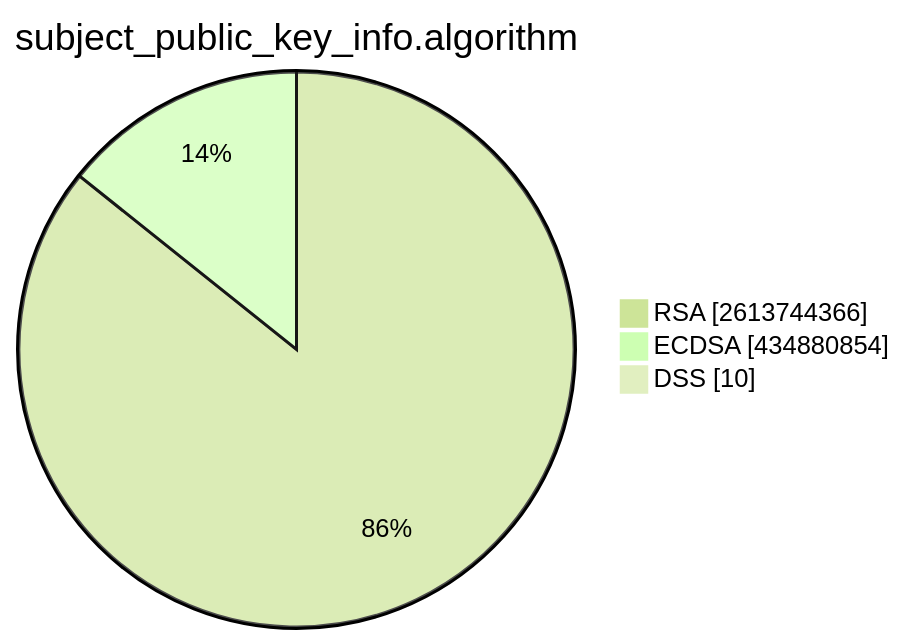
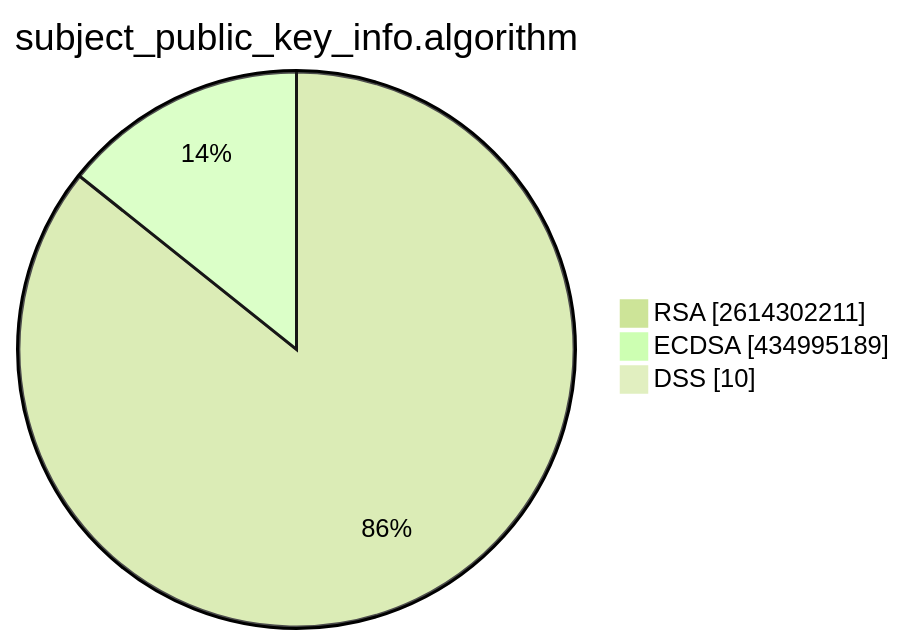
One commit to christiankrug/ctmonitor_visualization changed the second of 15 diagrams in TOTAL/README.md. Above: the diagram before and after it, drawn with Mermaid (forest theme). The commit also changed other lines of this file, not shown here.

````diff
--- a/TOTAL/README.md
+++ b/TOTAL/README.md
@@ -6,7 +6,7 @@
 ```mermaid
 pie showData
 title subject_public_key_info.algorithm
-"RSA" :2613744366
-"ECDSA" :434880854
+"RSA" :2614302211
+"ECDSA" :434995189
 "DSS" :10
 ```
````
